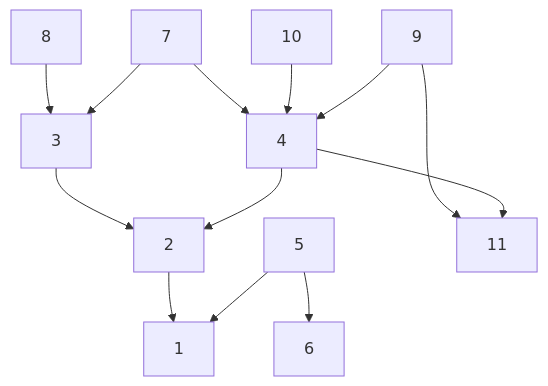
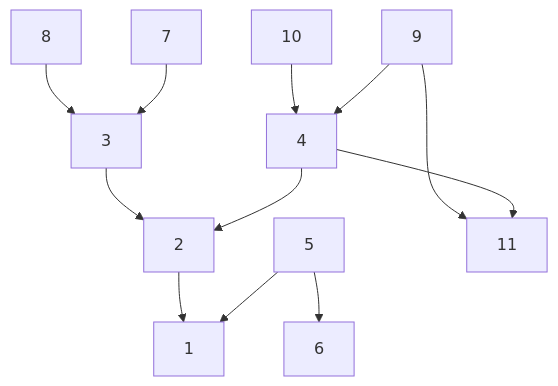
One commit to TuringLang/JuliaBUGS.jl changed the first of 5 diagrams in performance_investigation/4_investigate_souce_generation.md. Above: the diagram before and after it, drawn with Mermaid. The commit also changed other lines of this file and 7 other files, not shown here.

````diff
--- a/performance_investigation/4_investigate_souce_generation.md
+++ b/performance_investigation/4_investigate_souce_generation.md
@@ -152,15 +152,14 @@
 ```mermaid
 flowchart TB
     8 --> 3
     7 --> 3
-    7 --> 4
     10 --> 4
     9 --> 11
     9 --> 4
     4 --> 11
     3 --> 2
     4 --> 2
     2 --> 1
     5 --> 1
     5 --> 6
 ```
````
